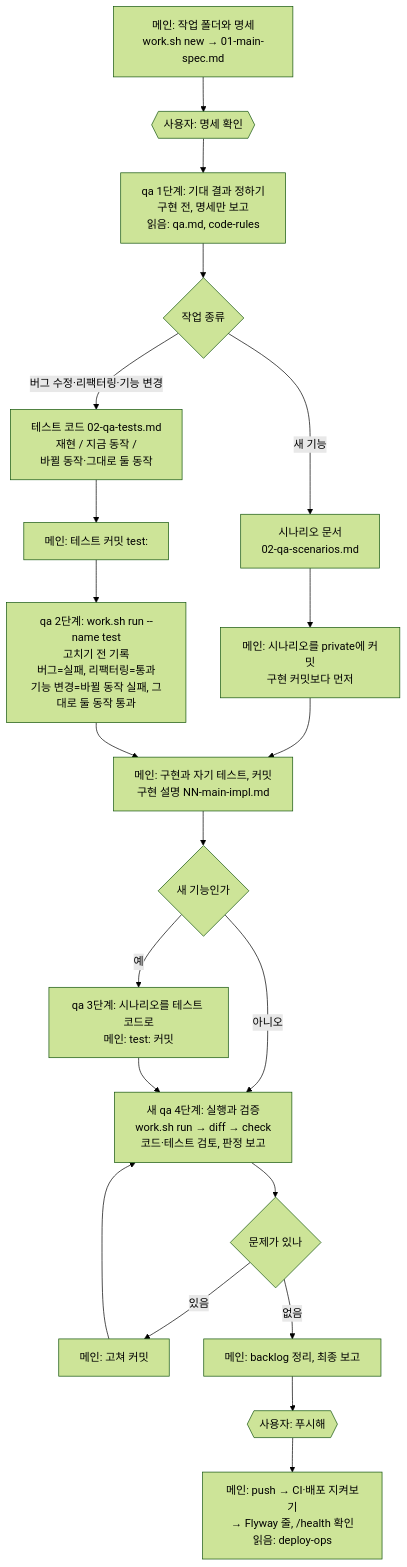
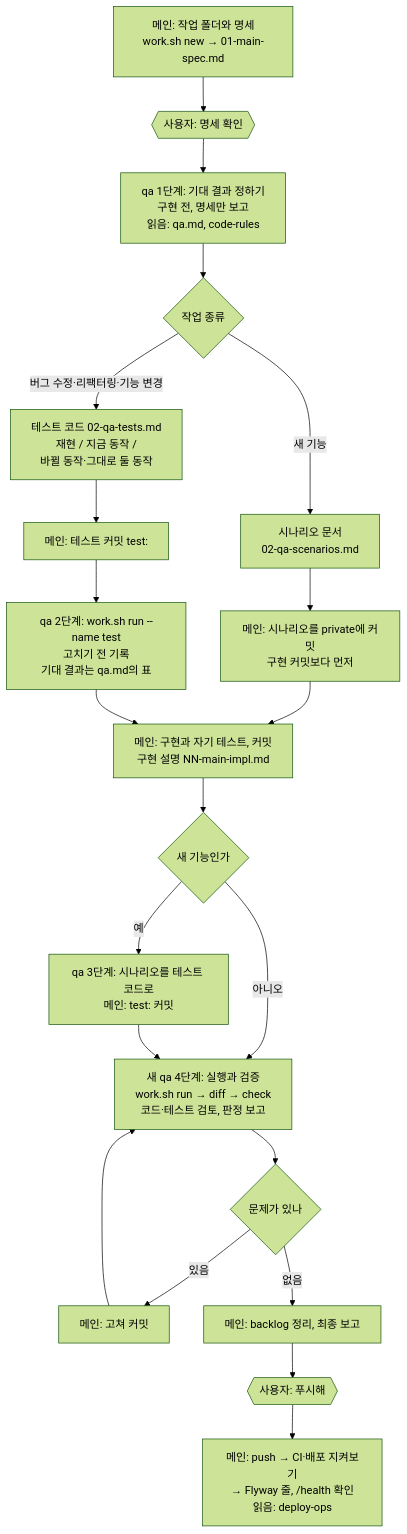
Before and after one commit to gyugyu1/writeLoop: the second of 4 diagrams in docs/guides/claude-work-process.ko.md, drawn with Mermaid (forest theme). The commit also changed other lines of this file and 2 other files, not shown here.

First line of the commit message:
docs: 고치기 전 기록의 기대 결과를 qa.md의 표 한 곳에 모음

````diff
--- a/docs/guides/claude-work-process.ko.md
+++ b/docs/guides/claude-work-process.ko.md
@@ -44,23 +44,23 @@
 ```mermaid
 flowchart TD
     S1["메인: 작업 폴더와 명세<br/>work.sh new → 01-main-spec.md"] --> U1{{"사용자: 명세 확인"}}
     U1 --> Q1["qa 1단계: 기대 결과 정하기<br/>구현 전, 명세만 보고<br/>읽음: qa.md, code-rules"]
     Q1 --> KIND{작업 종류}
     KIND -->|새 기능| NF1["시나리오 문서<br/>02-qa-scenarios.md"]
     KIND -->|버그 수정·리팩터링·기능 변경| BF1["테스트 코드 02-qa-tests.md<br/>재현 / 지금 동작 /<br/>바뀔 동작·그대로 둘 동작"]
     NF1 --> NF2["메인: 시나리오를 private에 커밋<br/>구현 커밋보다 먼저"]
     NF2 --> IMPL
     BF1 --> BF2["메인: 테스트 커밋 test:"]
-    BF2 --> BF3["qa 2단계: work.sh run --name test<br/>고치기 전 기록<br/>버그=실패, 리팩터링=통과<br/>기능 변경=바뀔 동작 실패, 그대로 둘 동작 통과"]
+    BF2 --> BF3["qa 2단계: work.sh run --name test<br/>고치기 전 기록<br/>기대 결과는 qa.md의 표"]
     BF3 --> IMPL["메인: 구현과 자기 테스트, 커밋<br/>구현 설명 NN-main-impl.md"]
     IMPL --> NEW{새 기능인가}
     NEW -->|예| Q3["qa 3단계: 시나리오를 테스트 코드로<br/>메인: test: 커밋"]
     NEW -->|아니오| Q4
     Q3 --> Q4["새 qa 4단계: 실행과 검증<br/>work.sh run → diff → check<br/>코드·테스트 검토, 판정 보고"]
     Q4 --> RES{문제가 있나}
     RES -->|있음| FIX["메인: 고쳐 커밋"]
     FIX --> Q4
     RES -->|없음| REP["메인: backlog 정리, 최종 보고"]
     REP --> PUSH{{"사용자: 푸시해"}}
     PUSH --> DEP["메인: push → CI·배포 지켜보기<br/>→ Flyway 줄, /health 확인<br/>읽음: deploy-ops"]
 ```
````
